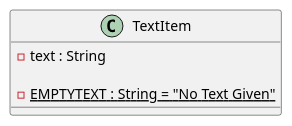
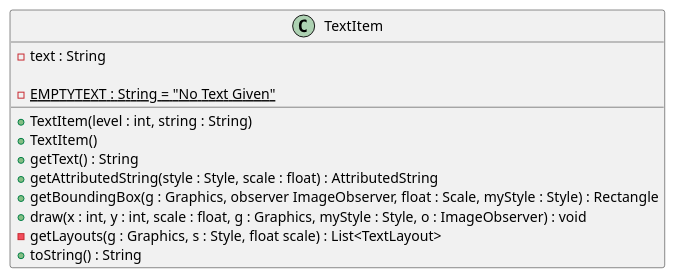
One commit to gabrielrtlima/diagramas-padroes-projeto changed the diagram in classes/TextItem.puml. Above: the diagram before and after it, drawn with PlantUML. The commit also changed 13 other files, not shown here.

```diff
--- a/classes/TextItem.puml
+++ b/classes/TextItem.puml
@@ -1,11 +1,20 @@
 @startuml TextItem
 
 class TextItem {
 
   - text : String
 
   - {static} EMPTYTEXT : String = "No Text Given"
 
+  + TextItem(level : int, string : String)
+  + TextItem()
+  + getText() : String
+  + getAttributedString(style : Style, scale : float) : AttributedString
+  + getBoundingBox(g : Graphics, observer ImageObserver, float : Scale, myStyle : Style) : Rectangle
+  + draw(x : int, y : int, scale : float, g : Graphics, myStyle : Style, o : ImageObserver) : void
+  - getLayouts(g : Graphics, s : Style, float scale) : List<TextLayout>
+  + toString() : String
+
 }
 
 @enduml
```
